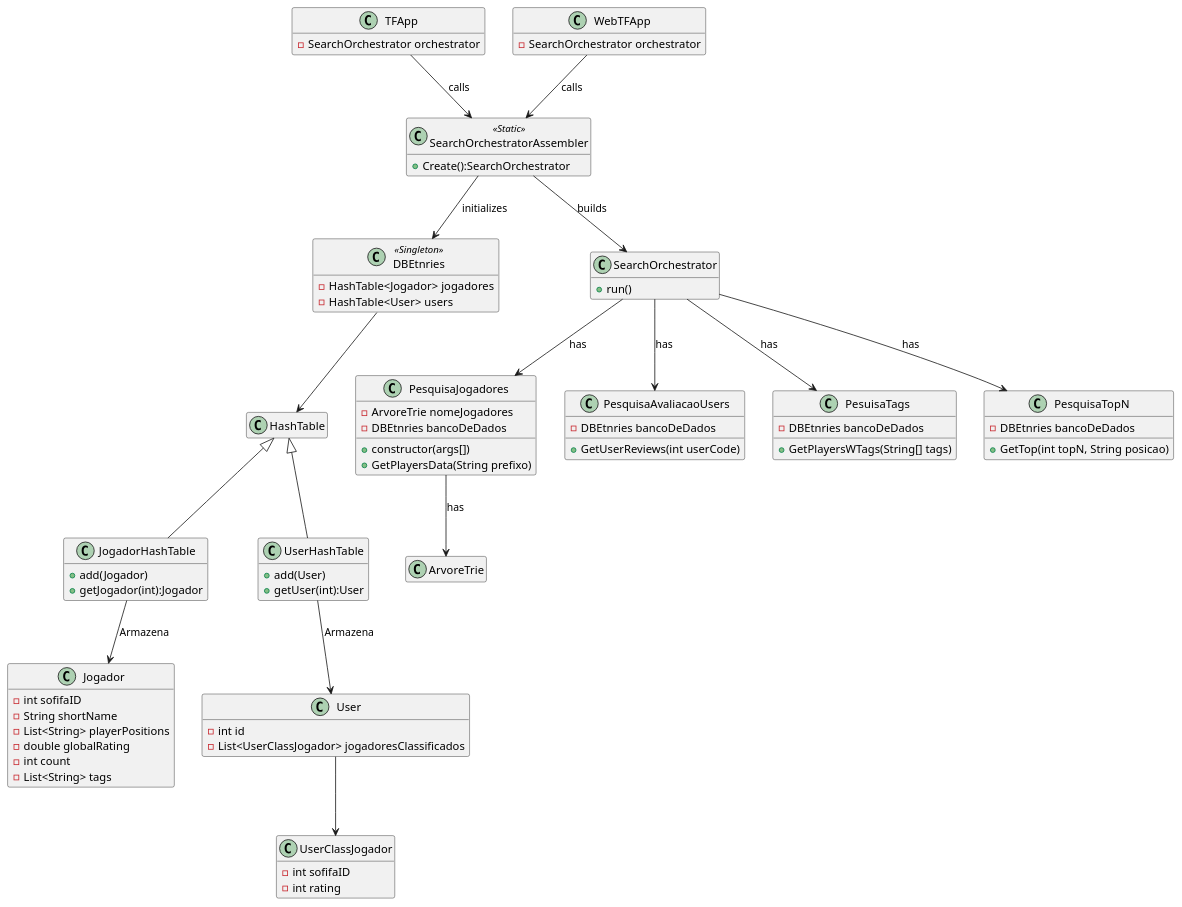
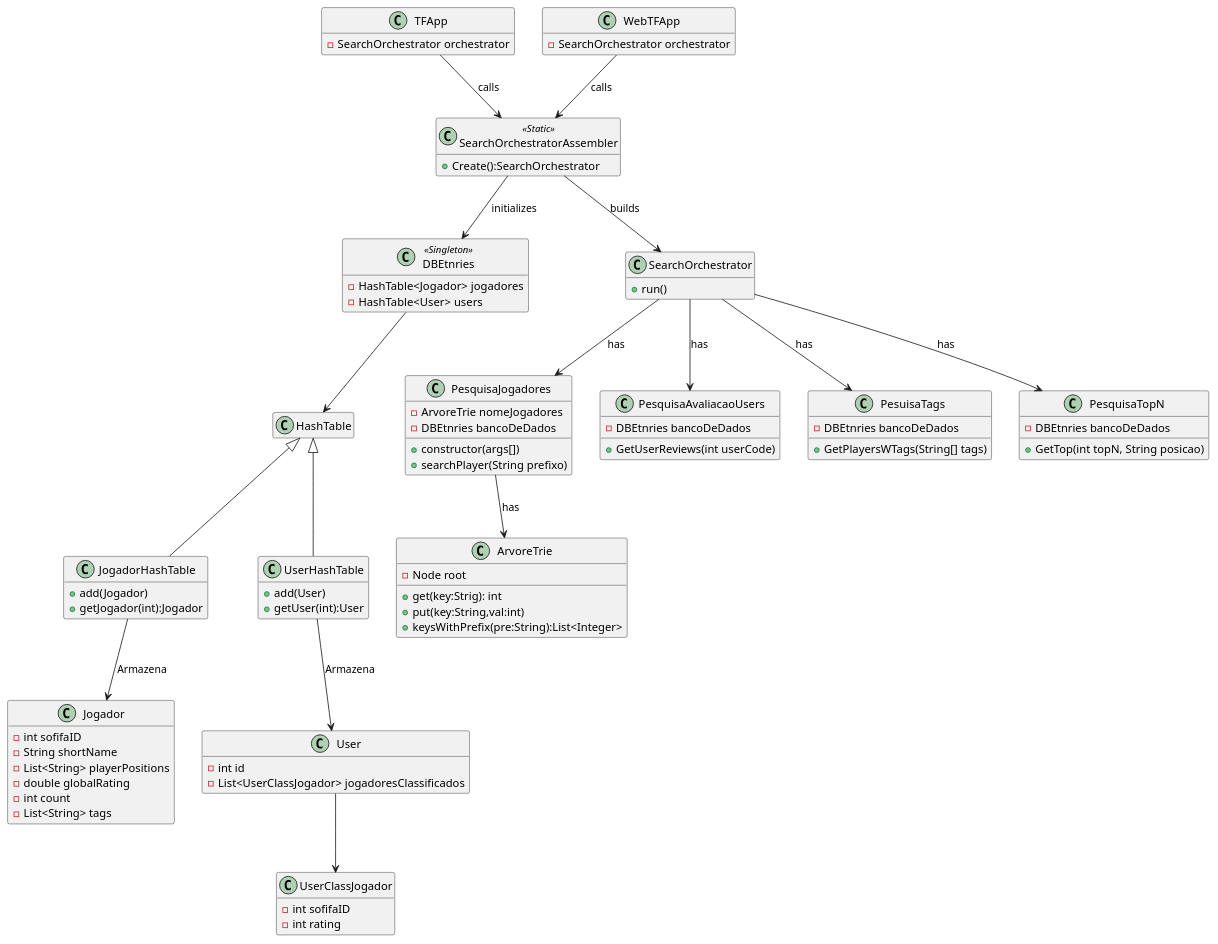
The diagram in classDiagram.wsd (JoaoCosme/TrabFinalCPD), drawn with PlantUML before and after one commit. The commit also changed 1 other file, not shown here.

Commit message:
Diagrama de Classes atualizado

```diff
--- a/classDiagram.wsd
+++ b/classDiagram.wsd
@@ -1,94 +1,98 @@
 @startuml classDiagram
     hide empty members
 
     class TFApp{
         -SearchOrchestrator orchestrator
     }
     class WebTFApp{
         -SearchOrchestrator orchestrator
     }
 
     class SearchOrchestratorAssembler<<Static>>{
         +Create():SearchOrchestrator
     }
     class DBEtnries<<Singleton>>{
         - HashTable<Jogador> jogadores
         - HashTable<User> users
     }
 
     class HashTable{
 
     }
 
     class JogadorHashTable extends HashTable{
         + add(Jogador)
         + getJogador(int):Jogador
     }
 
     class UserHashTable extends HashTable{
         + add(User)
         + getUser(int):User
     }
 
     class Jogador{
         - int sofifaID
         - String shortName
         - List<String> playerPositions
         - double globalRating
         - int count
         - List<String> tags
     }
 
     class UserClassJogador{
         - int sofifaID
         - int rating
     }
 
     class User{
         - int id
         - List<UserClassJogador> jogadoresClassificados
     }
 
     class SearchOrchestrator{
         +run()
     }
 
     class PesquisaJogadores{
         - ArvoreTrie nomeJogadores
         - DBEtnries bancoDeDados
         + constructor(args[])
-        + GetPlayersData(String prefixo)
+        + searchPlayer(String prefixo)
     }
 
     Class ArvoreTrie{
+        - Node root
+        + get(key:Strig): int
+        + put(key:String,val:int)
+        + keysWithPrefix(pre:String):List<Integer>
 
     }
 
     class PesquisaAvaliacaoUsers{
         - DBEtnries bancoDeDados
         + GetUserReviews(int userCode)
     }
     class PesuisaTags{
         - DBEtnries bancoDeDados
         + GetPlayersWTags(String[] tags)
     }
     class PesquisaTopN{
         - DBEtnries bancoDeDados
         + GetTop(int topN, String posicao)
     }
     
     SearchOrchestratorAssembler --> SearchOrchestrator:builds
     WebTFApp --> SearchOrchestratorAssembler:calls
     TFApp --> SearchOrchestratorAssembler:calls
     SearchOrchestratorAssembler --> DBEtnries: initializes
     SearchOrchestrator --> PesquisaJogadores:has
     SearchOrchestrator --> PesuisaTags:has
     SearchOrchestrator --> PesquisaTopN:has
     SearchOrchestrator --> PesquisaAvaliacaoUsers:has
     PesquisaJogadores --> ArvoreTrie: has
     DBEtnries --> HashTable
     JogadorHashTable --> Jogador:Armazena
     UserHashTable --> User: Armazena
     User --> UserClassJogador
     
 @enduml
```
